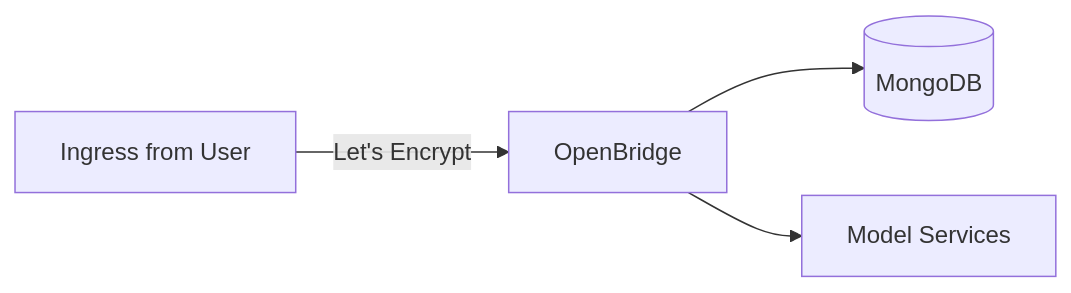
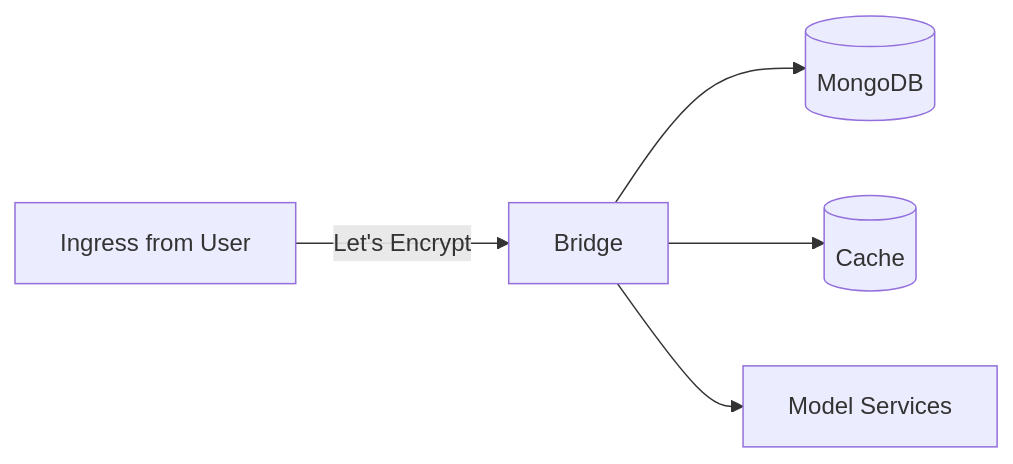
The first of 3 diagrams in doc/runbook.md (acceleratedscience/bridge), drawn with Mermaid before and after one commit. The commit also changed other lines of this file and 4 other files, not shown here.

````diff
--- a/doc/runbook.md
+++ b/doc/runbook.md
@@ -14,11 +57,13 @@
 ```mermaid
 flowchart LR
 	ingress["Ingress from User"]
-	bridge["OpenBridge"]
+	bridge["Bridge"]
 	model["Model Services"]
 	mongodb[("MongoDB")]
+    redis[("Cache")]
 
 	ingress -- Let's Encrypt --> bridge
 	bridge --> mongodb
+    bridge --> redis
 	bridge --> model
 ```
````
